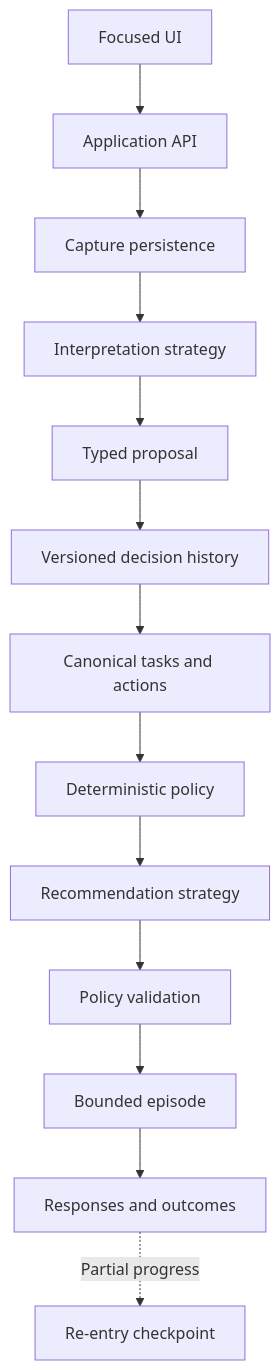
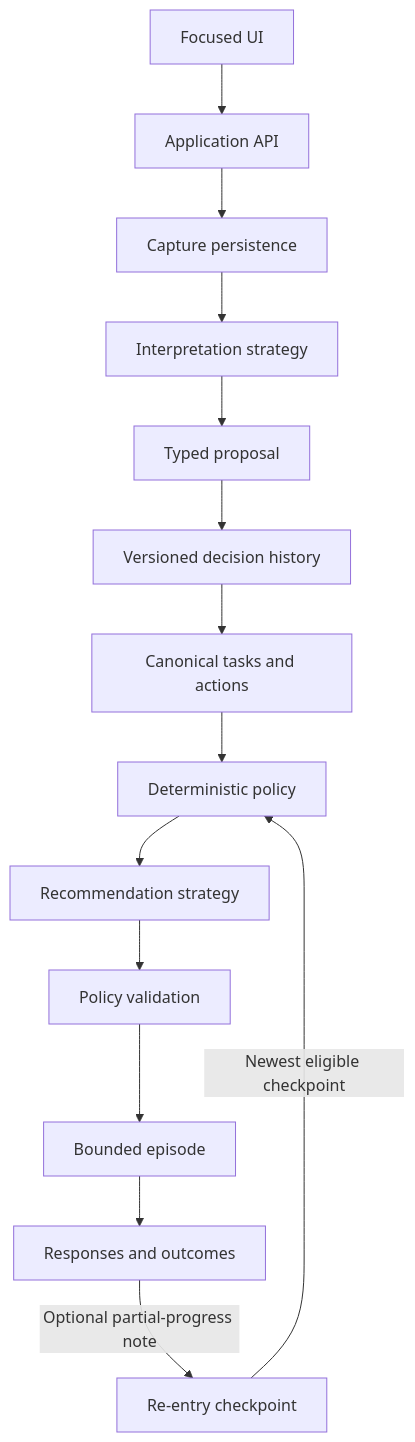
The diagram in docs/architecture.md (rootkow/weavance), drawn with Mermaid before and after one commit. The commit also changed other lines of this file and 18 other files, not shown here.

````diff
--- a/docs/architecture.md
+++ b/docs/architecture.md
@@ -34,15 +36,16 @@
 ```mermaid
 flowchart TD
     UI["Focused UI"] --> API["Application API"]
     API --> STORE["Capture persistence"]
     STORE --> INTERPRET["Interpretation strategy"]
     INTERPRET --> PROPOSAL["Typed proposal"]
     PROPOSAL --> HISTORY["Versioned decision history"]
     HISTORY --> STATE["Canonical tasks and actions"]
     STATE --> POLICY["Deterministic policy"]
     POLICY --> RECOMMEND["Recommendation strategy"]
     RECOMMEND --> VALIDATE["Policy validation"]
     VALIDATE --> EPISODE["Bounded episode"]
     EPISODE --> EVENTS["Responses and outcomes"]
-    EVENTS -. "Partial progress" .-> REENTRY["Re-entry checkpoint"]
+    EVENTS -->|"Optional partial-progress note"| REENTRY["Re-entry checkpoint"]
+    REENTRY -->|"Newest eligible checkpoint"| POLICY
 ```
````
